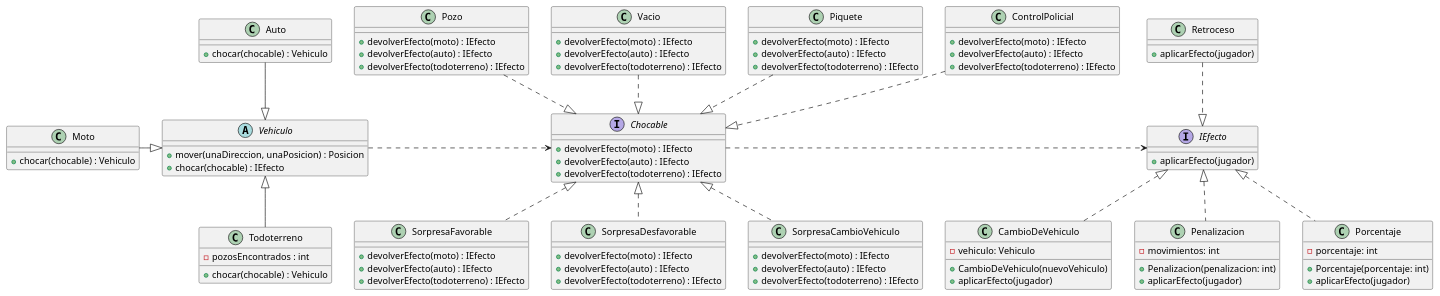
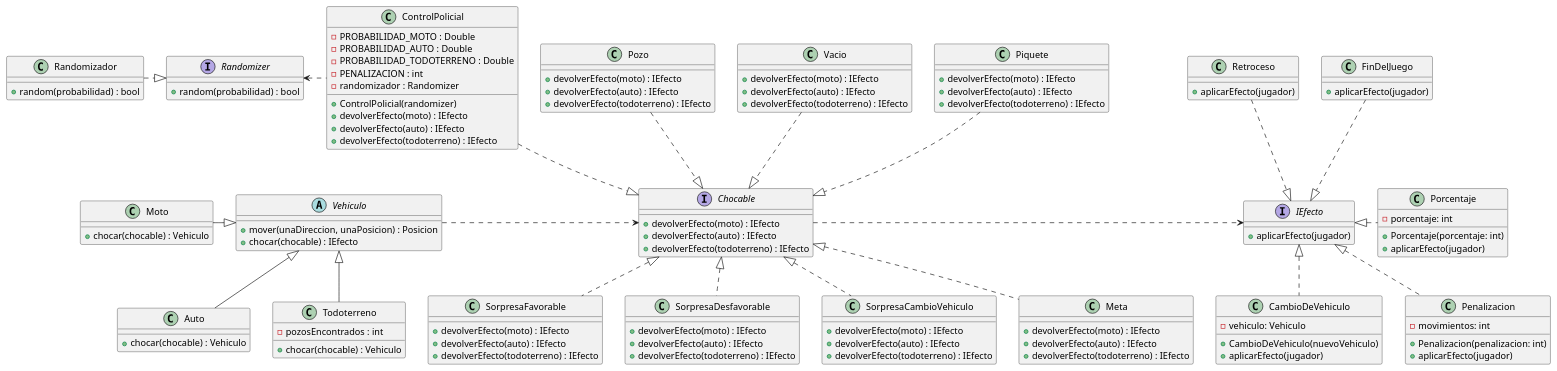
The diagram in diagrams/classes/diagrama_interfaces.puml (NestorPala/T17-GPSChallenge), drawn with PlantUML before and after one commit. The commit also changed 13 other files, not shown here.

Commit message:
feat: actualizado diagrama y code cleanup

```diff
--- a/diagrams/classes/diagrama_interfaces.puml
+++ b/diagrams/classes/diagrama_interfaces.puml
@@ -1,127 +1,146 @@
 @startuml
-
-
-
 interface Chocable {
     + devolverEfecto(moto) : IEfecto
     + devolverEfecto(auto) : IEfecto
     + devolverEfecto(todoterreno) : IEfecto
 }
 
 class Pozo {
     +  devolverEfecto(moto) : IEfecto
     +  devolverEfecto(auto) : IEfecto
     +  devolverEfecto(todoterreno) : IEfecto
 }
 
 class Vacio {
     +  devolverEfecto(moto) : IEfecto
     +  devolverEfecto(auto) : IEfecto
     +  devolverEfecto(todoterreno) : IEfecto
 }
 
 class Piquete { 
     +  devolverEfecto(moto) : IEfecto
     +  devolverEfecto(auto) : IEfecto
     +  devolverEfecto(todoterreno) : IEfecto
 }
 
 class ControlPolicial {
+    -  PROBABILIDAD_MOTO : Double
+    -  PROBABILIDAD_AUTO : Double
+    -  PROBABILIDAD_TODOTERRENO : Double
+    -  PENALIZACION : int
+    -  randomizador : Randomizer
+    +  ControlPolicial(randomizer)
     +  devolverEfecto(moto) : IEfecto
     +  devolverEfecto(auto) : IEfecto
     +  devolverEfecto(todoterreno) : IEfecto
 }
 
 class SorpresaFavorable {
     +  devolverEfecto(moto) : IEfecto
     +  devolverEfecto(auto) : IEfecto
     +  devolverEfecto(todoterreno) : IEfecto
 }
 
 class SorpresaDesfavorable {
     +  devolverEfecto(moto) : IEfecto
     +  devolverEfecto(auto) : IEfecto
     +  devolverEfecto(todoterreno) : IEfecto
 }
 
 class SorpresaCambioVehiculo {
     +  devolverEfecto(moto) : IEfecto
     +  devolverEfecto(auto) : IEfecto
     +  devolverEfecto(todoterreno) : IEfecto
 }
 
-
+class Meta {
+    +  devolverEfecto(moto) : IEfecto
+    +  devolverEfecto(auto) : IEfecto
+    +  devolverEfecto(todoterreno) : IEfecto
+}
 
 abstract class Vehiculo {
     + mover(unaDireccion, unaPosicion) : Posicion
     + chocar(chocable) : IEfecto
 }
 
 class Auto {
     + chocar(chocable) : Vehiculo
 }
 
 class Moto {
     + chocar(chocable) : Vehiculo
 }
 
 class Todoterreno {
     - pozosEncontrados : int
     + chocar(chocable) : Vehiculo
 }
-
-
 
 interface IEfecto {
     + aplicarEfecto(jugador)
 }
 
 class CambioDeVehiculo {
     - vehiculo: Vehiculo
     + CambioDeVehiculo(nuevoVehiculo)
     + aplicarEfecto(jugador)
 }
 
 class Penalizacion {
     - movimientos: int
     + Penalizacion(penalizacion: int)
     + aplicarEfecto(jugador)
 }
 
 class Porcentaje {
     - porcentaje: int
     + Porcentaje(porcentaje: int)
     + aplicarEfecto(jugador)
 }
 
 class Retroceso {
     + aplicarEfecto(jugador)
 }
 
+class FinDelJuego {
+    + aplicarEfecto(jugador)
+}
 
+interface Randomizer {
+    + random(probabilidad) : bool
+}
+
+class Randomizador {
+    + random(probabilidad) : bool
+}
 
 Pozo ..|> Chocable
 ControlPolicial ..|> Chocable
 Piquete ..|> Chocable
 Vacio ..|> Chocable
+Chocable <|.. Meta
+
 
 Chocable <|.. SorpresaFavorable
 Chocable <|.. SorpresaDesfavorable
 Chocable <|.. SorpresaCambioVehiculo
 
 Vehiculo .> Chocable
 
 Vehiculo <|-- Todoterreno
-Auto --|> Vehiculo
+Vehiculo <|-- Auto
 Moto -|> Vehiculo
 
 Chocable .> IEfecto
 
 IEfecto <|.. CambioDeVehiculo
 IEfecto <|.. Penalizacion
-IEfecto <|.. Porcentaje
+IEfecto <|. Porcentaje
 Retroceso ..|> IEfecto
+FinDelJuego ..|> IEfecto
 
-
+Randomizador .|> Randomizer
+Randomizer <. ControlPolicial
 
 @enduml
```
